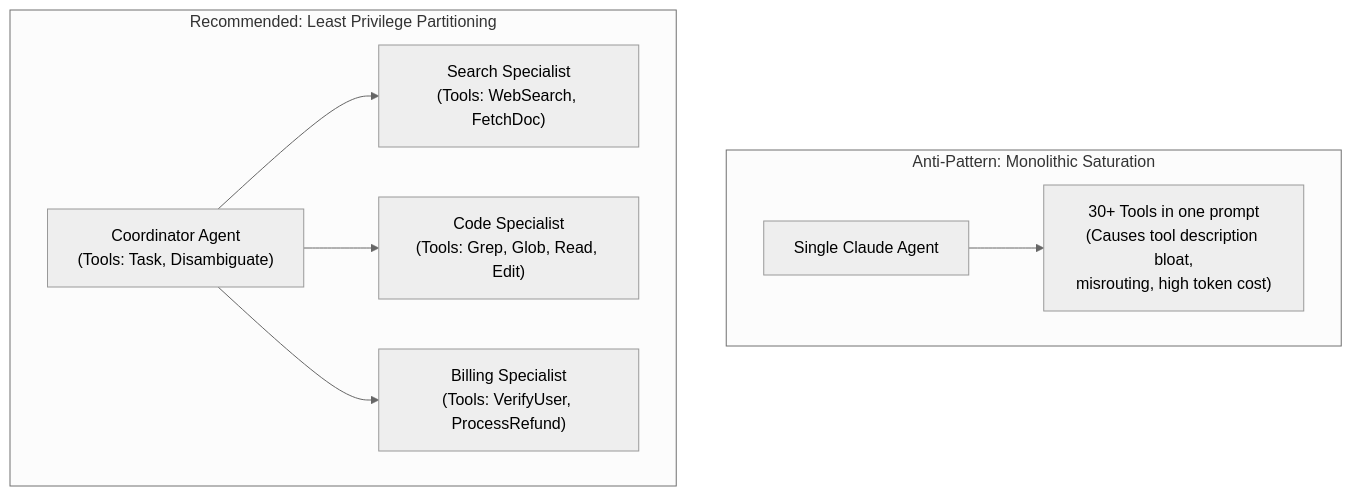
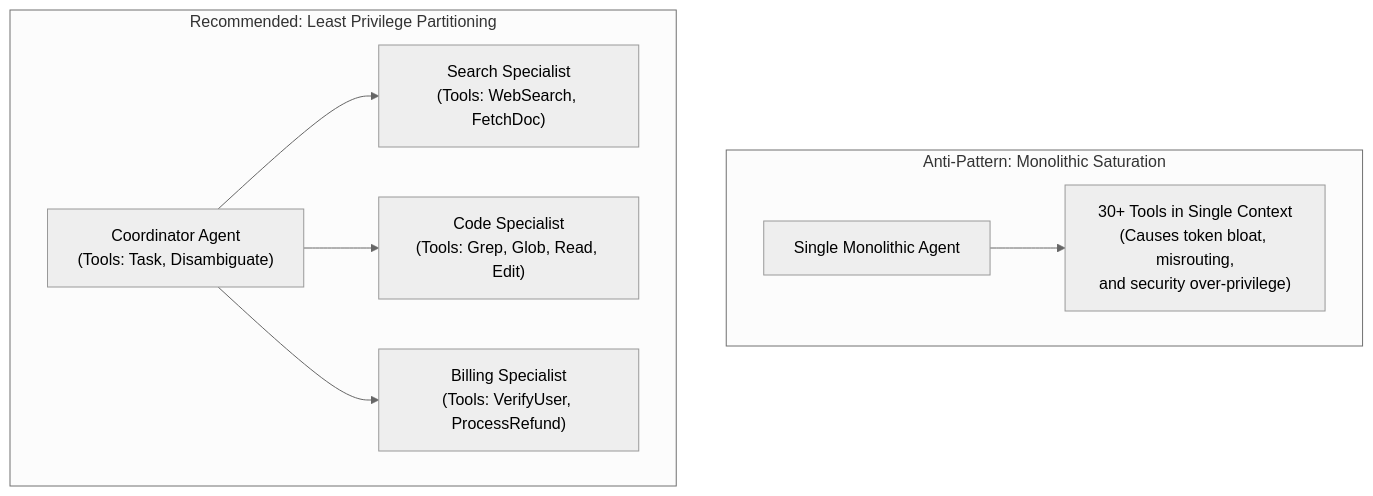
One commit to dip4k/claude_cert_architect_foundation_prep changed the diagram in domain2/ts_2_3_tool_distribution_and_choice/README.md. Above: the diagram before and after it, drawn with Mermaid (neutral theme). The commit also changed other lines of this file and 59 other files, not shown here.

````diff
--- a/domain2/ts_2_3_tool_distribution_and_choice/README.md
+++ b/domain2/ts_2_3_tool_distribution_and_choice/README.md
@@ -10,14 +70,14 @@
 ```mermaid
 flowchart TD
     subgraph AntiPattern["Anti-Pattern: Monolithic Saturation"]
-        MonoAgent["Single Claude Agent"]
-        MonoAgent --> Tools30["30+ Tools in one prompt<br>(Causes tool description bloat,<br>misrouting, high token cost)"]
+        MonoAgent["Single Monolithic Agent"]
+        MonoAgent --> Tools30["30+ Tools in Single Context<br>(Causes token bloat, misrouting,<br>and security over-privilege)"]
     end
 
     subgraph Partitioned["Recommended: Least Privilege Partitioning"]
         Coordinator["Coordinator Agent<br>(Tools: Task, Disambiguate)"]
         Coordinator --> SearchAgent["Search Specialist<br>(Tools: WebSearch, FetchDoc)"]
         Coordinator --> CodeAgent["Code Specialist<br>(Tools: Grep, Glob, Read, Edit)"]
         Coordinator --> BillingAgent["Billing Specialist<br>(Tools: VerifyUser, ProcessRefund)"]
     end
 ```
````
